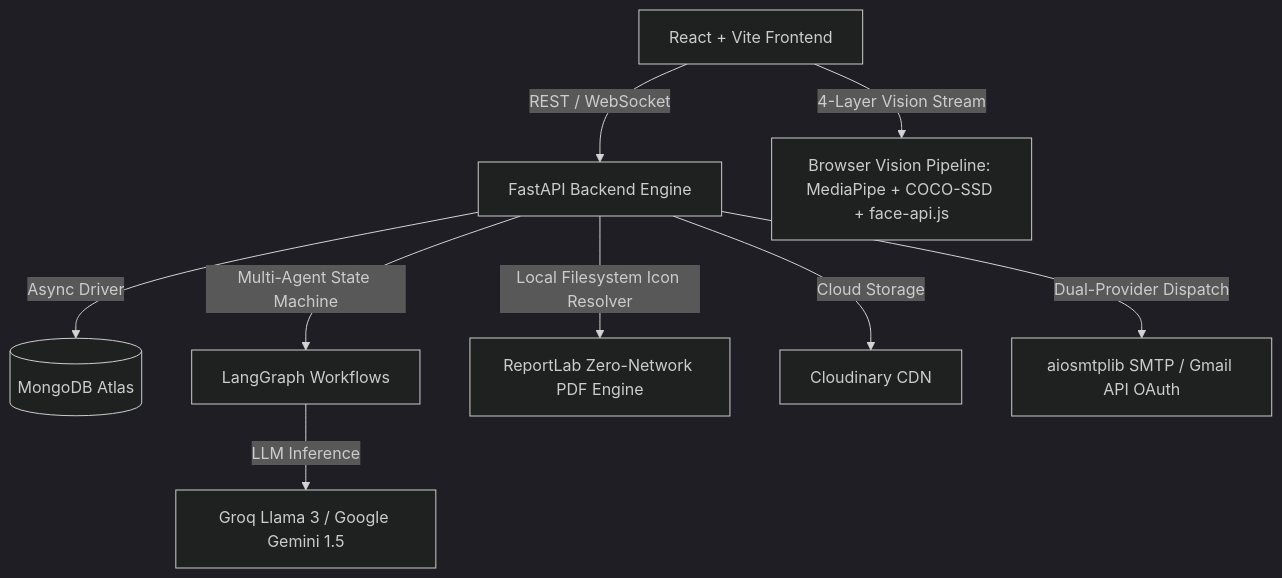
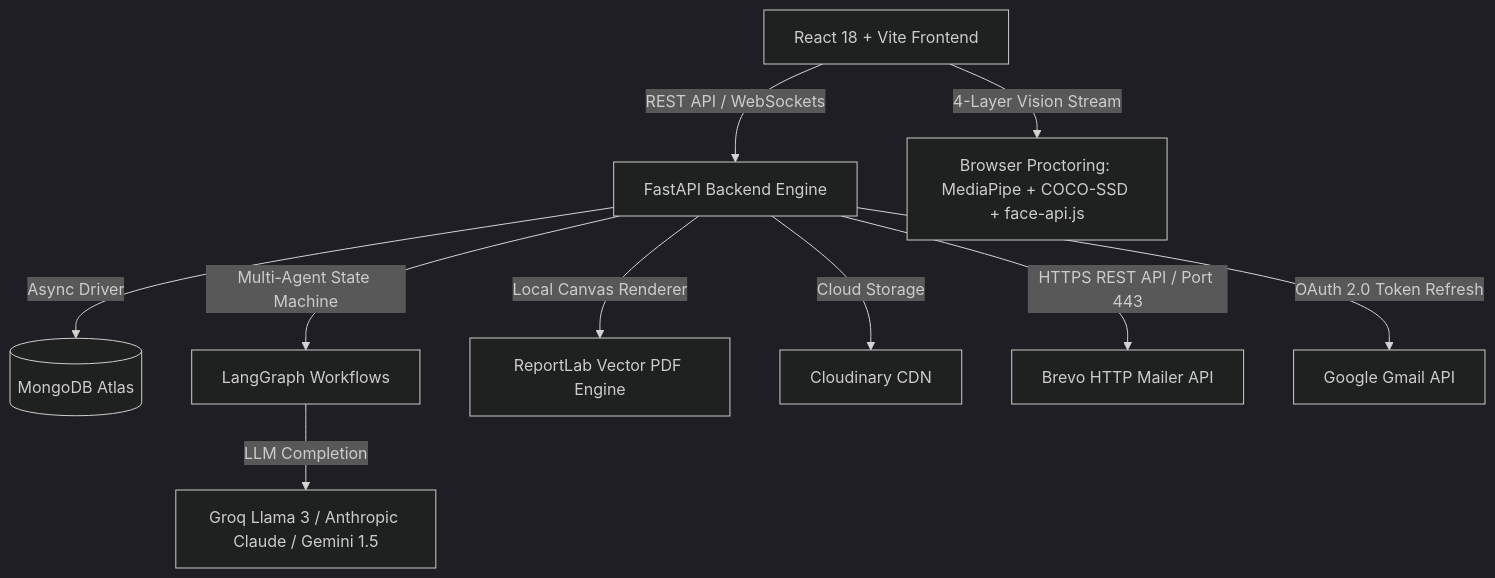
One commit to agrawalrohit937/Resume-Screening-System changed the first of 3 diagrams in README.md. Above: the diagram before and after it, drawn with Mermaid (dark theme). The commit also changed other lines of this file and 1 other file, not shown here.

````diff
--- a/README.md
+++ b/README.md
@@ -13,11 +14,12 @@
 ```mermaid
 graph TD
-    Client[React + Vite Frontend] -->|REST / WebSocket| Gateway[FastAPI Backend Engine]
+    Client[React 18 + Vite Frontend] -->|REST API / WebSockets| Gateway[FastAPI Backend Engine]
     Gateway -->|Async Driver| DB[(MongoDB Atlas)]
     Gateway -->|Multi-Agent State Machine| LangGraph[LangGraph Workflows]
-    LangGraph -->|LLM Inference| LLM[Groq Llama 3 / Google Gemini 1.5]
-    Gateway -->|Local Filesystem Icon Resolver| PDF[ReportLab Zero-Network PDF Engine]
+    LangGraph -->|LLM Completion| LLM[Groq Llama 3 / Anthropic Claude / Gemini 1.5]
+    Gateway -->|Local Canvas Renderer| PDF[ReportLab Vector PDF Engine]
     Gateway -->|Cloud Storage| Cloudinary[Cloudinary CDN]
-    Gateway -->|Dual-Provider Dispatch| Email[aiosmtplib SMTP / Gmail API OAuth]
-    Client -->|4-Layer Vision Stream| Vision[Browser Vision Pipeline: MediaPipe + COCO-SSD + face-api.js]
+    Gateway -->|HTTPS REST API / Port 443| Brevo[Brevo HTTP Mailer API]
+    Gateway -->|OAuth 2.0 Token Refresh| Gmail[Google Gmail API]
+    Client -->|4-Layer Vision Stream| Vision[Browser Proctoring: MediaPipe + COCO-SSD + face-api.js]
 ```
````
